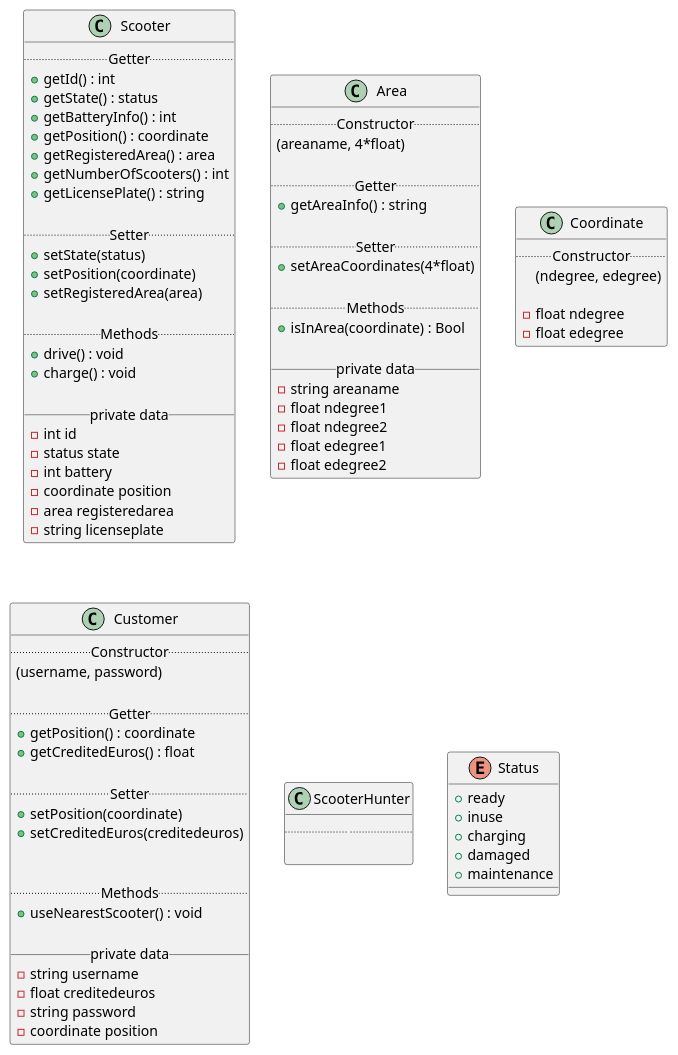
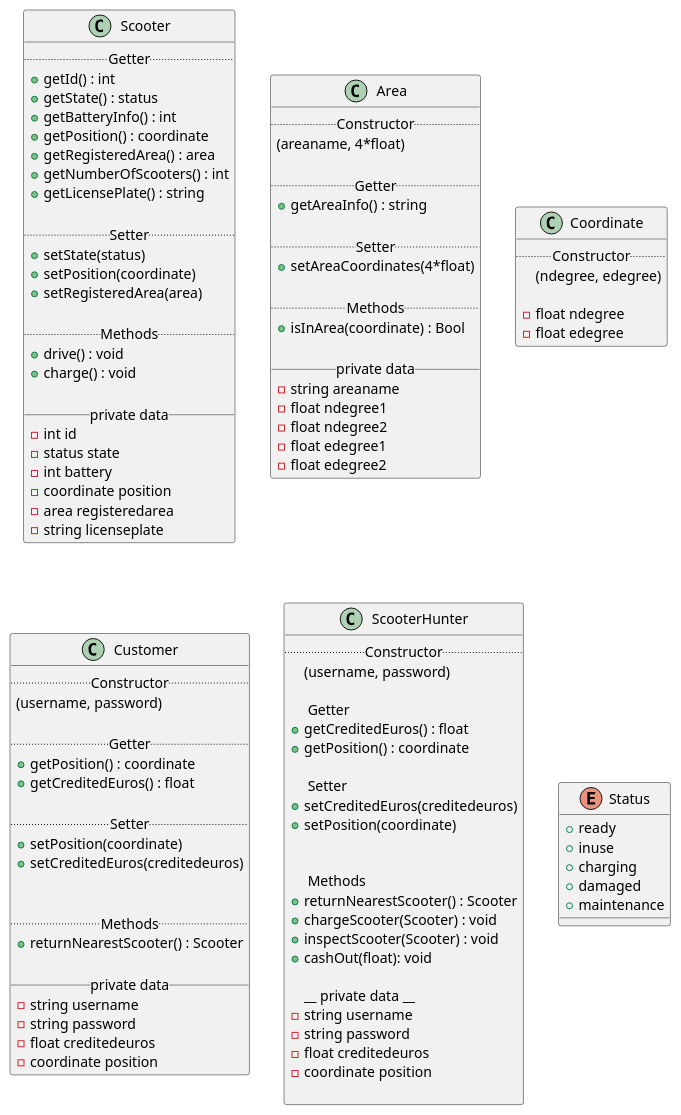
The diagram in umldiagram.iuml (fh-erfurt/Scooter-MS), drawn with PlantUML before and after one commit.

Commit message:
Updated UML

```diff
--- a/umldiagram.iuml
+++ b/umldiagram.iuml
@@ -1,115 +1,137 @@
 @startuml
 
 
 
 
 
 skinparam componentStyle uml2
 
 
 
 class Scooter {
     .. Getter ..
   + getId() : int
   + getState() : status
   + getBatteryInfo() : int
   + getPosition() : coordinate
   + getRegisteredArea() : area
   + getNumberOfScooters() : int
   + getLicensePlate() : string
 
   .. Setter ..
   + setState(status)
   + setPosition(coordinate)
   + setRegisteredArea(area)
 
   .. Methods ..
   + drive() : void
   + charge() : void
 
   __ private data __
   -int id
   -status state
   -int battery
   -coordinate position
   -area registeredarea
   -string licenseplate
 }
 
 class Area {
   .. Constructor ..
   (areaname, 4*float)
 
   .. Getter ..
   + getAreaInfo() : string
 
   .. Setter ..
   + setAreaCoordinates(4*float)
 
   .. Methods ..
   + isInArea(coordinate) : Bool
 
   __ private data __
   -string areaname
   -float ndegree1
   -float ndegree2
   -float edegree1
   -float edegree2
 }
 
 
 
 class Coordinate {
   .. Constructor ..
   (ndegree, edegree)
 
   -float ndegree
   -float edegree
 }
 
 
 class Customer {
   .. Constructor ..
   (username, password)
 
   .. Getter ..
   + getPosition() : coordinate
   + getCreditedEuros() : float
 
   .. Setter ..
   + setPosition(coordinate)
   + setCreditedEuros(creditedeuros)
 
 
   .. Methods ..
-  + useNearestScooter() : void
+  + returnNearestScooter() : Scooter
 
   __ private data __
   -string username
+  -string password
   -float creditedeuros
-  -string password
   -coordinate position
 }
 
 class ScooterHunter {
-  ..  ..
+  .. Constructor ..
+    (username, password)
+
+    .. Getter ..
+    + getCreditedEuros() : float
+    + getPosition() : coordinate
+
+    .. Setter ..
+    + setCreditedEuros(creditedeuros)
+    + setPosition(coordinate)
+
+
+    .. Methods ..
+    + returnNearestScooter() : Scooter
+    + chargeScooter(Scooter) : void
+    + inspectScooter(Scooter) : void
+    + cashOut(float): void
+
+    __ private data __
+    -string username
+    -string password
+    -float creditedeuros
+    -coordinate position
 
 }
 
 
 
 enum Status {
   + ready
   + inuse
   + charging
   + damaged
   + maintenance
 }
 
 
 
 
 
 
 
 @enduml
```
